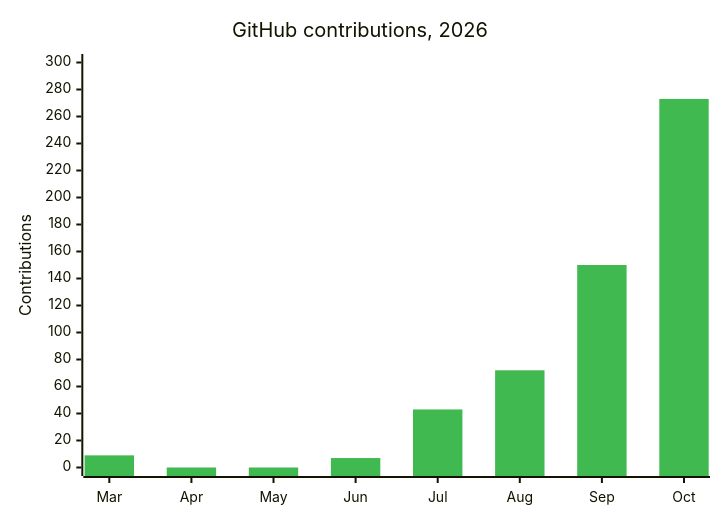
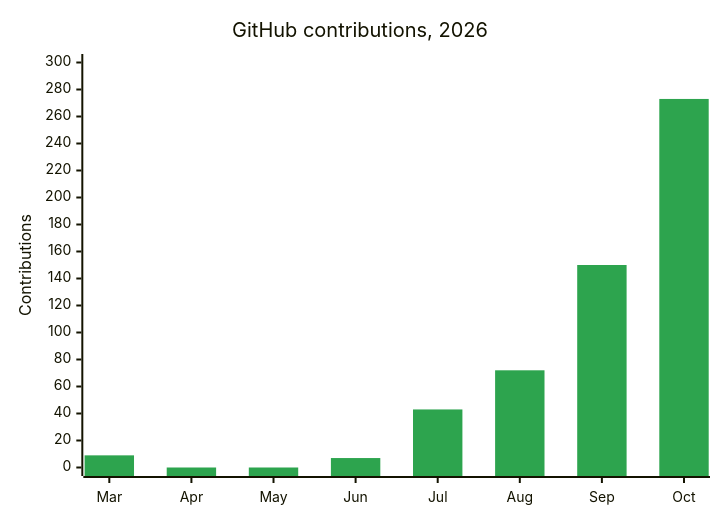
Before and after one commit to MWANZIAMUTINDA/MWANZIAMUTINDA: the second of 2 diagrams in README.md, drawn with Mermaid. The commit also changed other lines of this file and 43 other files, not shown here.

````diff
--- a/README.md
+++ b/README.md
@@ -73,8 +106,8 @@
 ```mermaid
-%%{init: {'theme':'base', 'themeVariables': {'xyChart': {'plotColorPalette': '#3fb950', 'backgroundColor': 'transparent'}}}}%%
+%%{init: {'themeVariables': {'xyChart': {'plotColorPalette': '#2da44e'}}}}%%
 xychart-beta
     title "GitHub contributions, 2026"
     x-axis [Mar, Apr, May, Jun, Jul, Aug, Sep, Oct]
     y-axis "Contributions" 0 --> 300
     bar [9, 0, 0, 7, 43, 72, 150, 273]
 ```
````
